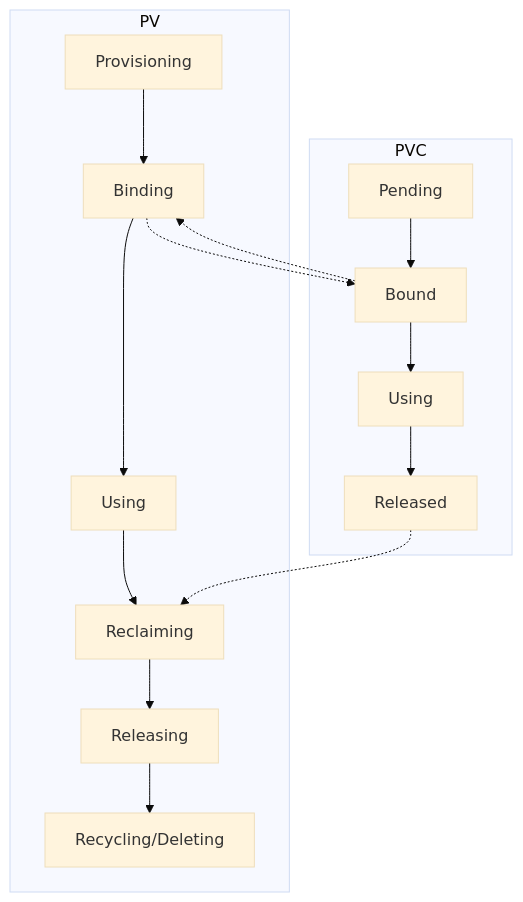
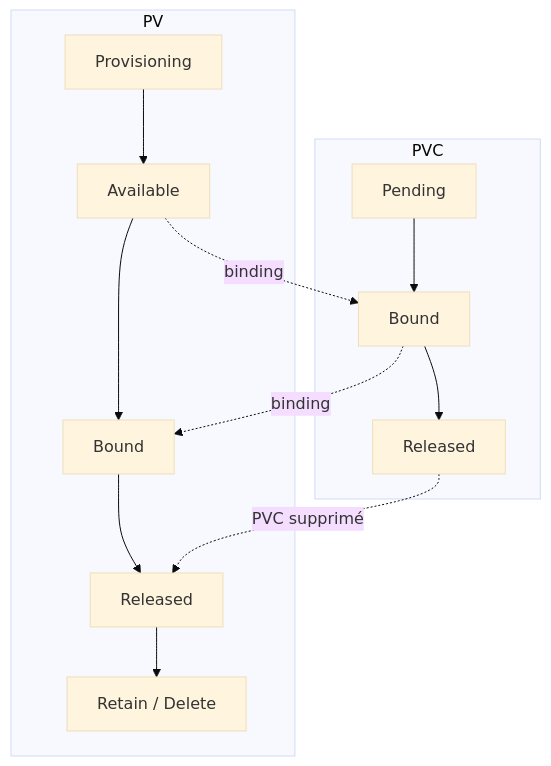
The diagram in blog/06-orchestration/2025-01-12-k8s-storage.md (sedelpeuch/sedelpeuch.github.io), drawn with Mermaid (base theme) before and after one commit. The commit also changed other lines of this file and 7 other files, not shown here.

````diff
--- a/blog/06-orchestration/2025-01-12-k8s-storage.md
+++ b/blog/06-orchestration/2025-01-12-k8s-storage.md
@@ -75,20 +83,18 @@
 ```mermaid
 graph TD
   subgraph PV
-    A[Provisioning] --> B[Binding]
-    B --> C[Using]
-    C --> D[Reclaiming]
-    D --> E[Releasing]
-    E --> F[Recycling/Deleting]
+    A[Provisioning] --> B[Available]
+    B --> C[Bound]
+    C --> D[Released]
+    D --> E[Retain / Delete]
   end
 
   subgraph PVC
-    G[Pending] --> H[Bound]
-    H --> I[Using]
-    I --> J[Released]
+    F[Pending] --> G[Bound]
+    G --> H[Released]
   end
 
-  B -.-> H
-  H -.-> B
-  J -.-> D
+  B -.->|binding| G
+  G -.->|binding| C
+  H -.->|PVC supprimé| D
 ```
````
